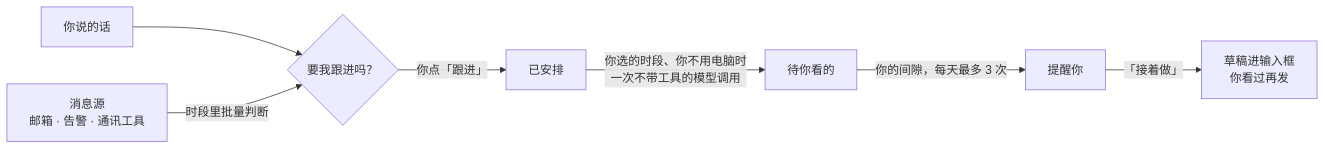
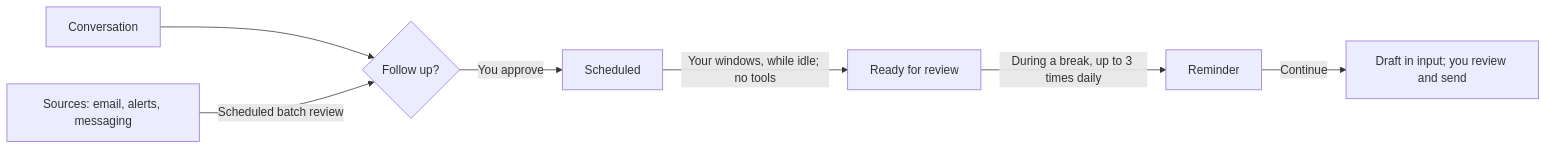
One commit to JNS0724/Viva changed the diagram in README.md. Above: the diagram before and after it, drawn with Mermaid. The commit also changed other lines of this file and 200 other files, not shown here.

````diff
--- a/README.md
+++ b/README.md
@@ -112,9 +94,9 @@
 ```mermaid
 flowchart LR
-  A["你说的话"] --> P{"要我跟进吗？"}
-  M["消息源<br>邮箱 · 告警 · 通讯工具"] -->|时段里批量判断| P
-  P -->|你点「跟进」| S["已安排"]
-  S -->|你选的时段、你不用电脑时<br>一次不带工具的模型调用| R["待你看的"]
-  R -->|你的间隙，每天最多 3 次| N["提醒你"]
-  N -->|「接着做」| C["草稿进输入框<br>你看过再发"]
+  A["Conversation"] --> P{"Follow up?"}
+  M["Sources: email, alerts, messaging"] -->|Scheduled batch review| P
+  P -->|You approve| S["Scheduled"]
+  S -->|Your windows, while idle; no tools| R["Ready for review"]
+  R -->|During a break, up to 3 times daily| N["Reminder"]
+  N -->|Continue| C["Draft in input; you review and send"]
 ```
````
